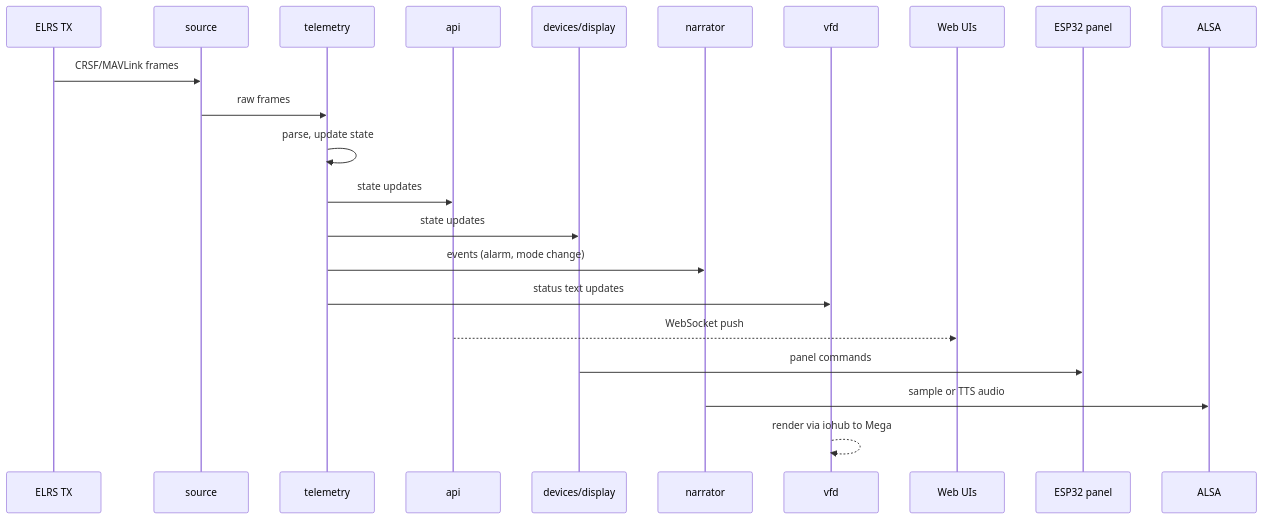
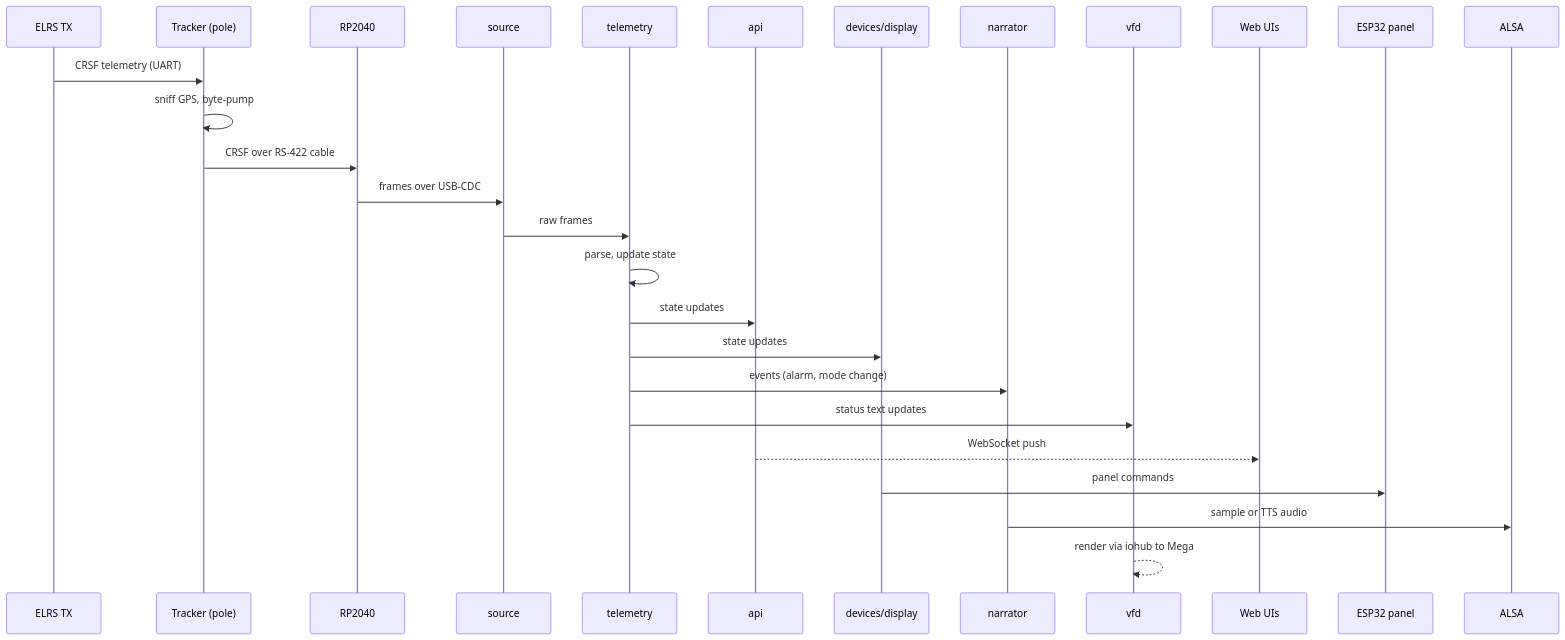
Before and after one commit to agoliveira/zerotx: the second of 3 diagrams in docs/ARCHITECTURE.md, drawn with Mermaid. The commit also changed other lines of this file and 4 other files, not shown here.

````diff
--- a/docs/ARCHITECTURE.md
+++ b/docs/ARCHITECTURE.md
@@ -107,25 +111,30 @@
 ```mermaid
 sequenceDiagram
     participant ELRS as ELRS TX
+    participant TRK as Tracker (pole)
+    participant RP as RP2040
     participant SRC as source
     participant TEL as telemetry
     participant API as api
     participant DSP as devices/display
     participant NAR as narrator
     participant VFD as vfd
     participant WEB as Web UIs
     participant PNL as ESP32 panel
     participant SPK as ALSA
 
-    ELRS->>SRC: CRSF/MAVLink frames
+    ELRS->>TRK: CRSF telemetry (UART)
+    TRK->>TRK: sniff GPS, byte-pump
+    TRK->>RP: CRSF over RS-422 cable
+    RP->>SRC: frames over USB-CDC
     SRC->>TEL: raw frames
     TEL->>TEL: parse, update state
     TEL->>API: state updates
     TEL->>DSP: state updates
     TEL->>NAR: events (alarm, mode change)
     TEL->>VFD: status text updates
     API-->>WEB: WebSocket push
     DSP->>PNL: panel commands
     NAR->>SPK: sample or TTS audio
     VFD-->>VFD: render via iohub to Mega
 ```
````
